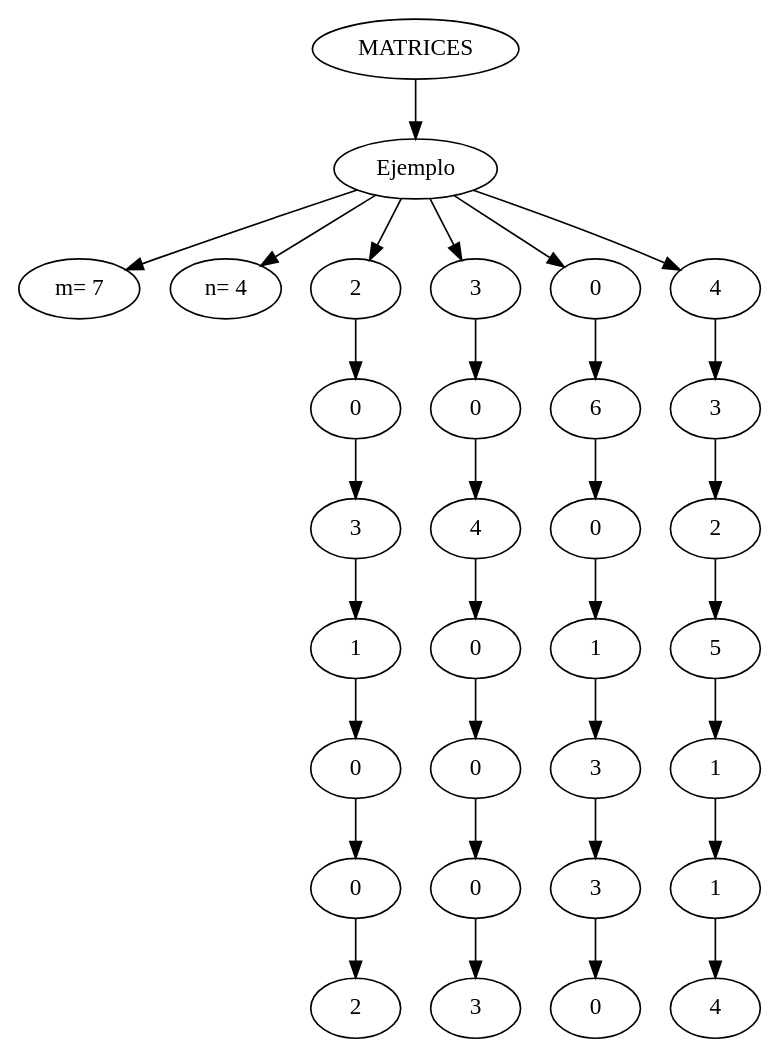
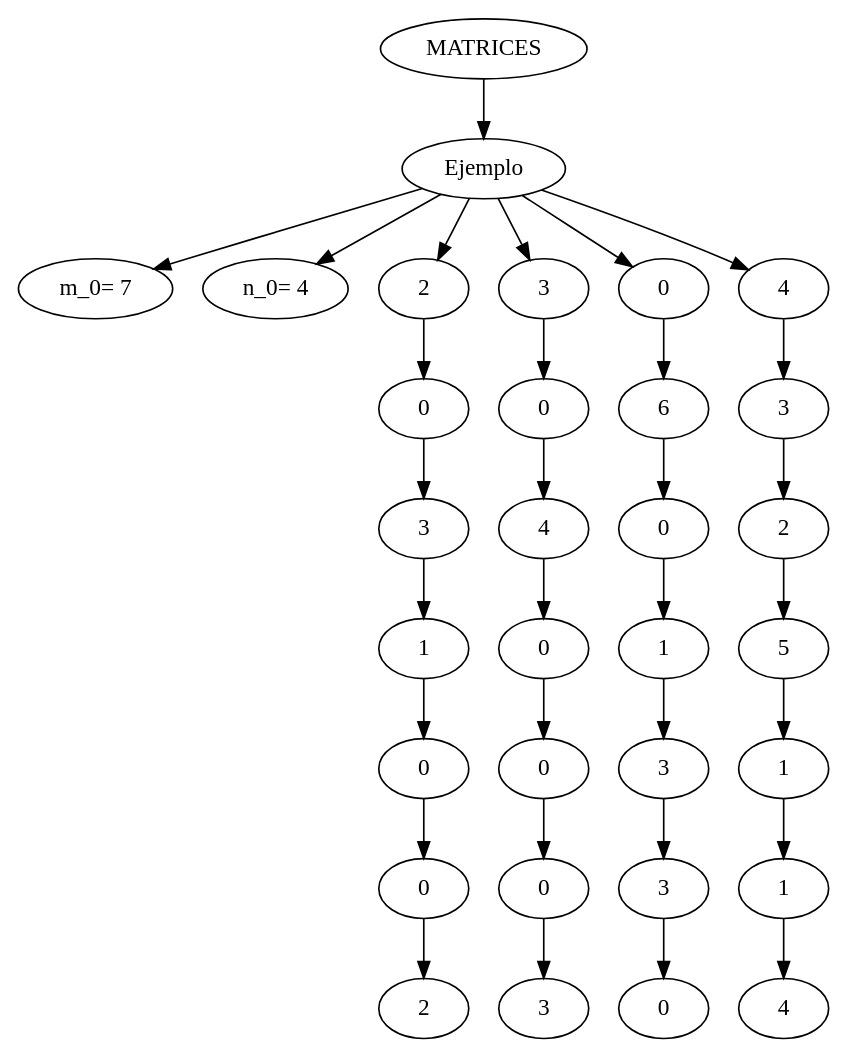
Before and after one commit to heryuman/-IPC2_Proyecto1_201700603: the diagram in P1IPC2/Matrices.gv, drawn with Graphviz. The commit also changed 11 other files, not shown here.

```diff
--- a/P1IPC2/Matrices.gv
+++ b/P1IPC2/Matrices.gv
@@ -1,71 +1,70 @@
 digraph {
 	MATRICES
 	{
 		rank=same
 		Ejemplo
 	}
 	MATRICES -> Ejemplo
-	{
-		rank=same
-		idF [label="m= 7"]
-		idC [label="n= 4"]
-	}
-	Ejemplo -> idF
-	Ejemplo -> idC
+	Ejemplo -> "m_0= 7"
+	Ejemplo -> "n_0= 4"
+	"1Ejemplo" [label=2]
+	"2Ejemplo" [label=3]
+	"3Ejemplo" [label=0]
+	"4Ejemplo" [label=4]
+	Ejemplo -> "1Ejemplo"
+	Ejemplo -> "2Ejemplo"
+	Ejemplo -> "3Ejemplo"
+	Ejemplo -> "4Ejemplo"
 	"1Ejemplo" [label=2]
 	"2Ejemplo" [label=3]
 	"3Ejemplo" [label=0]
 	"4Ejemplo" [label=4]
 	"5Ejemplo" [label=0]
 	"6Ejemplo" [label=0]
 	"7Ejemplo" [label=6]
 	"8Ejemplo" [label=3]
 	"9Ejemplo" [label=3]
 	"10Ejemplo" [label=4]
 	"11Ejemplo" [label=0]
 	"12Ejemplo" [label=2]
 	"13Ejemplo" [label=1]
 	"14Ejemplo" [label=0]
 	"15Ejemplo" [label=1]
 	"16Ejemplo" [label=5]
 	"17Ejemplo" [label=0]
 	"18Ejemplo" [label=0]
 	"19Ejemplo" [label=3]
 	"20Ejemplo" [label=1]
 	"21Ejemplo" [label=0]
 	"22Ejemplo" [label=0]
 	"23Ejemplo" [label=3]
 	"24Ejemplo" [label=1]
 	"25Ejemplo" [label=2]
 	"26Ejemplo" [label=3]
 	"27Ejemplo" [label=0]
 	"28Ejemplo" [label=4]
-	Ejemplo -> "1Ejemplo"
-	Ejemplo -> "2Ejemplo"
-	Ejemplo -> "3Ejemplo"
-	Ejemplo -> "4Ejemplo"
 	"1Ejemplo" -> "5Ejemplo"
 	"2Ejemplo" -> "6Ejemplo"
 	"3Ejemplo" -> "7Ejemplo"
 	"4Ejemplo" -> "8Ejemplo"
 	"5Ejemplo" -> "9Ejemplo"
 	"6Ejemplo" -> "10Ejemplo"
 	"7Ejemplo" -> "11Ejemplo"
 	"8Ejemplo" -> "12Ejemplo"
 	"9Ejemplo" -> "13Ejemplo"
 	"10Ejemplo" -> "14Ejemplo"
 	"11Ejemplo" -> "15Ejemplo"
 	"12Ejemplo" -> "16Ejemplo"
 	"13Ejemplo" -> "17Ejemplo"
 	"14Ejemplo" -> "18Ejemplo"
 	"15Ejemplo" -> "19Ejemplo"
 	"16Ejemplo" -> "20Ejemplo"
 	"17Ejemplo" -> "21Ejemplo"
 	"18Ejemplo" -> "22Ejemplo"
 	"19Ejemplo" -> "23Ejemplo"
 	"20Ejemplo" -> "24Ejemplo"
 	"21Ejemplo" -> "25Ejemplo"
 	"22Ejemplo" -> "26Ejemplo"
 	"23Ejemplo" -> "27Ejemplo"
 	"24Ejemplo" -> "28Ejemplo"
 }
```
